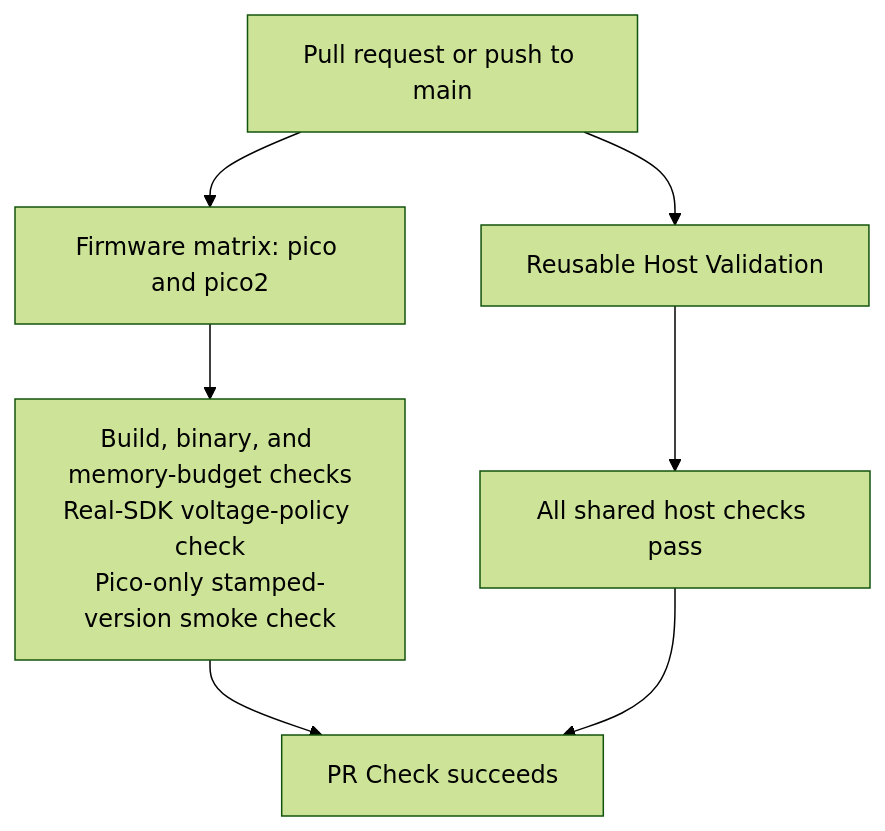
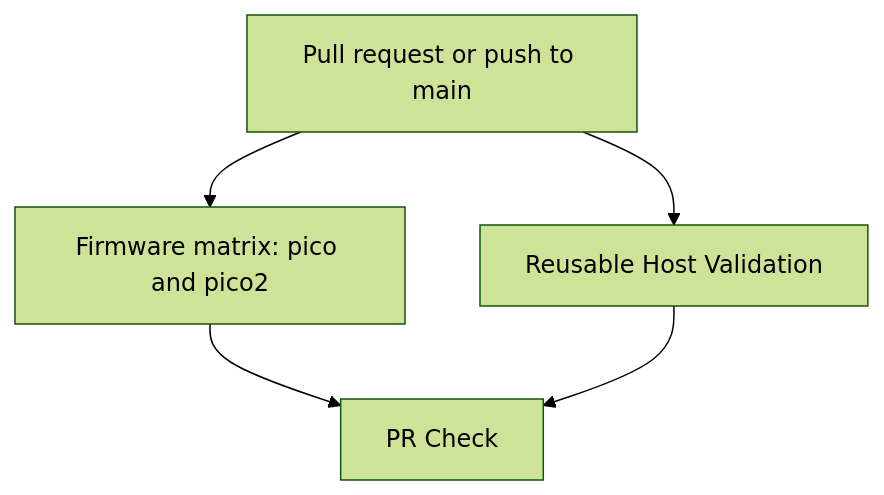
The first of 3 diagrams in docs/development/github-actions.md (djwinter29-oss/PicoUart), drawn with Mermaid (forest theme) before and after one commit. The commit also changed other lines of this file and 38 other files, not shown here.

````diff
--- a/docs/development/github-actions.md
+++ b/docs/development/github-actions.md
@@ -12,9 +10,7 @@
 ```mermaid
 flowchart TD
   Event["Pull request or push to main"] --> Firmware["Firmware matrix: pico and pico2"]
   Event --> Host["Reusable Host Validation"]
-  Firmware --> Contracts["Build, binary, and memory-budget checks<br/>Real-SDK voltage-policy check<br/>Pico-only stamped-version smoke check"]
-  Host --> HostDone["All shared host checks pass"]
-  Contracts --> Passed["PR Check succeeds"]
-  HostDone --> Passed
+  Firmware --> PRCheck["PR Check"]
+  Host --> PRCheck
 ```
````
